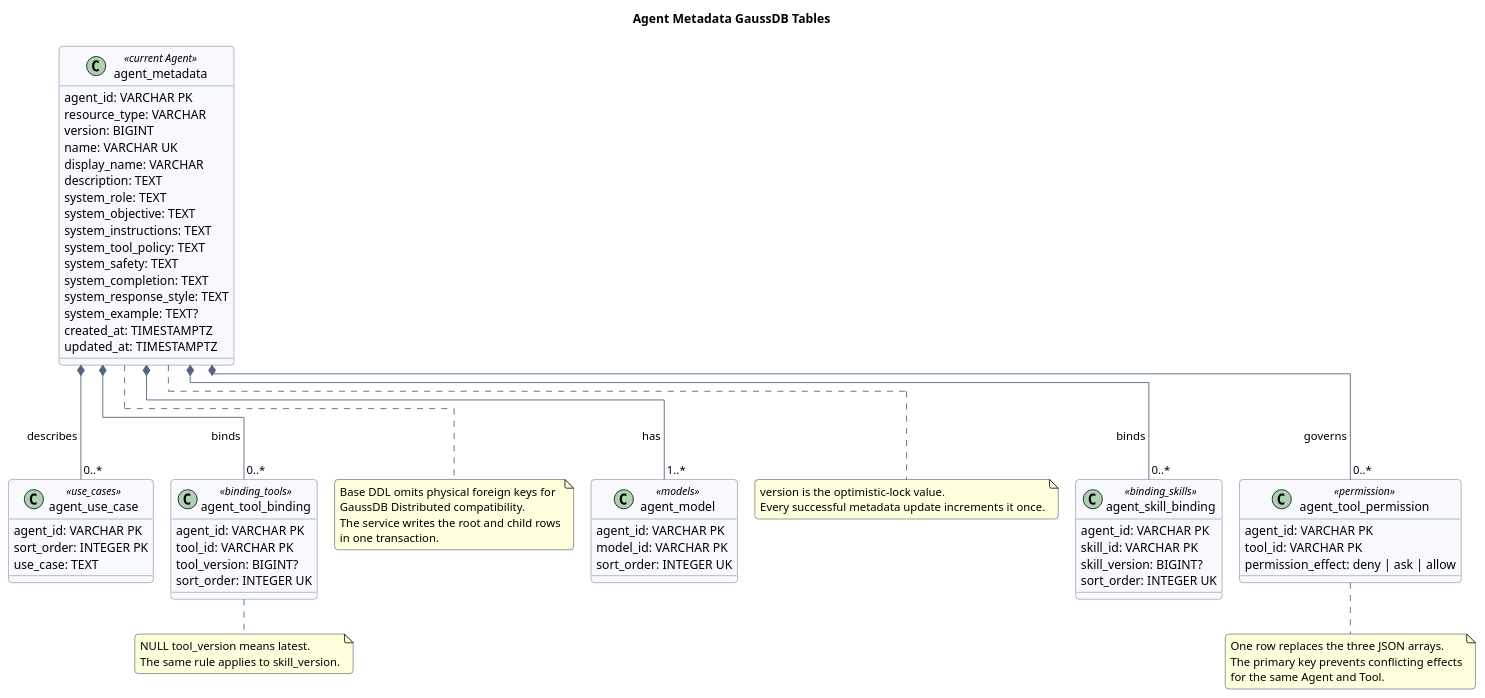
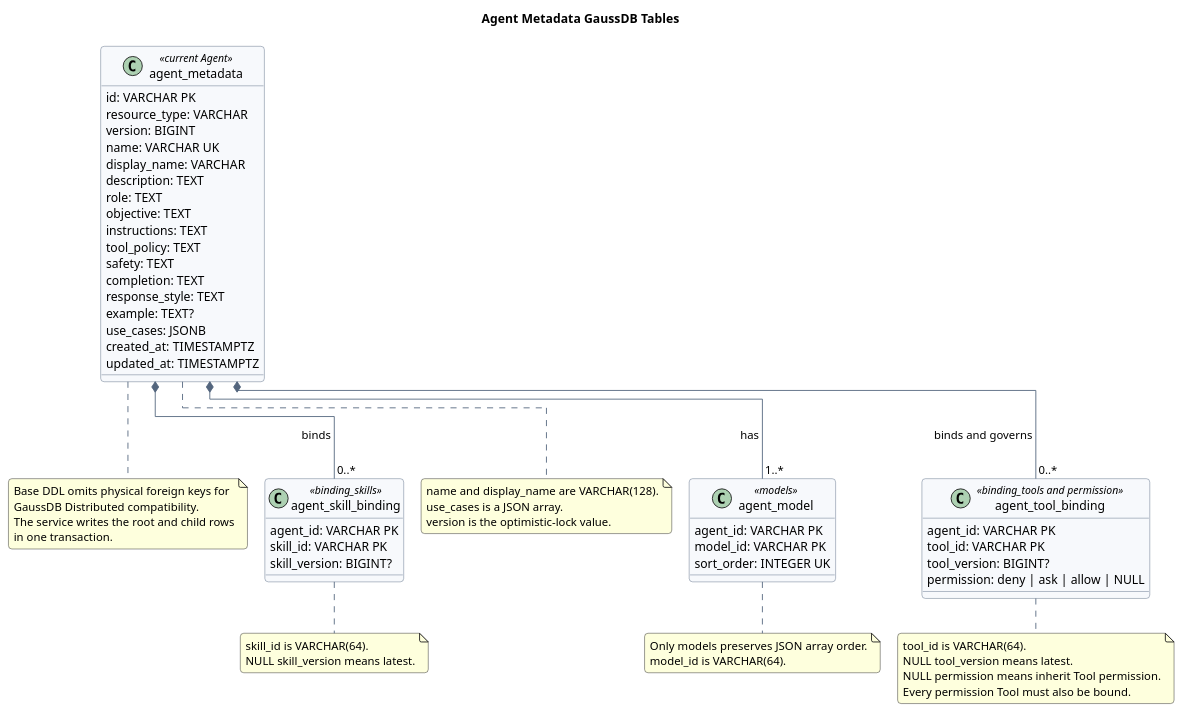
Before and after one commit to superheromeZzh/pi-mono-java-design: the diagram in agent-metadata-gaussdb-design/diagram.puml, drawn with PlantUML. The commit also changed other lines of this file and 3 other files, not shown here.

Commit message:
docs(agent): align GaussDB metadata fields

```diff
--- a/agent-metadata-gaussdb-design/diagram.puml
+++ b/agent-metadata-gaussdb-design/diagram.puml
@@ -6,110 +6,104 @@
 @startuml agent_metadata_gaussdb_model
 !pragma layout elk
 title Agent Metadata GaussDB Tables
 top to bottom direction
 
 skinparam backgroundColor #FFFFFF
 skinparam shadowing false
 skinparam roundcorner 8
-skinparam nodesep 35
-skinparam ranksep 45
+skinparam nodesep 45
+skinparam ranksep 50
 skinparam ArrowColor #53657D
 skinparam ClassBorderColor #53657D
 skinparam ClassBackgroundColor #F7F9FC
 skinparam classAttributeIconSize 0
 
 ' Source evidence:
 ' - Repository-relative path, Git-escaped:
 '   "AGENT\345\205\203\346\225\260\346\215\256\350\256\276\350\256\241.json":2-46.
-' - Fields at lines 2-20 map to agent_metadata.
-' - Arrays at lines 10 and 21-35 map to ordered child tables.
-' - Permission arrays at lines 36-46 map to one effect row per tool.
+' - Fields at lines 2-23 map to agent_metadata; use_cases is JSONB.
+' - models at line 10 maps to the only ordered child table.
+' - Tool binding and permission fields at lines 24-29 and 36-46 are merged.
+' - Skill bindings at lines 30-35 have no order column.
 ' Observed behavior: the current JSON is a current-state Agent resource with a
 ' monotonically increasing version and no separate history resource.
-' Design reason: fixed scalar and system prompt fields use typed columns, while
-' repeated arrays use child tables for uniqueness, filtering, and stable order.
-' Product constraint: only the fields present in the current JSON are persisted.
+' Design reason: fixed scalar and system prompt fields use typed columns,
+' use_cases remains one JSON array, and independently queried references use tables.
+' Product constraint: only model order is persisted; Tool and Skill order is not.
 ' GaussDB divergence: physical foreign keys are optional because GaussDB
 ' Distributed does not support them; the base DDL uses logical relationships.
 
 class agent_metadata <<current Agent>> {
-  agent_id: VARCHAR PK
+  id: VARCHAR PK
   resource_type: VARCHAR
   version: BIGINT
   name: VARCHAR UK
   display_name: VARCHAR
   description: TEXT
-  system_role: TEXT
-  system_objective: TEXT
-  system_instructions: TEXT
-  system_tool_policy: TEXT
-  system_safety: TEXT
-  system_completion: TEXT
-  system_response_style: TEXT
-  system_example: TEXT?
+  role: TEXT
+  objective: TEXT
+  instructions: TEXT
+  tool_policy: TEXT
+  safety: TEXT
+  completion: TEXT
+  response_style: TEXT
+  example: TEXT?
+  use_cases: JSONB
   created_at: TIMESTAMPTZ
   updated_at: TIMESTAMPTZ
 }
 
 class agent_model <<models>> {
   agent_id: VARCHAR PK
   model_id: VARCHAR PK
   sort_order: INTEGER UK
 }
 
-class agent_use_case <<use_cases>> {
-  agent_id: VARCHAR PK
-  sort_order: INTEGER PK
-  use_case: TEXT
-}
-
-class agent_tool_binding <<binding_tools>> {
+class agent_tool_binding <<binding_tools and permission>> {
   agent_id: VARCHAR PK
   tool_id: VARCHAR PK
   tool_version: BIGINT?
-  sort_order: INTEGER UK
+  permission: deny | ask | allow | NULL
 }
 
 class agent_skill_binding <<binding_skills>> {
   agent_id: VARCHAR PK
   skill_id: VARCHAR PK
   skill_version: BIGINT?
-  sort_order: INTEGER UK
-}
-
-class agent_tool_permission <<permission>> {
-  agent_id: VARCHAR PK
-  tool_id: VARCHAR PK
-  permission_effect: deny | ask | allow
 }
 
 agent_metadata *-- "1..*" agent_model : has
-agent_metadata *-- "0..*" agent_use_case : describes
-agent_metadata *-- "0..*" agent_tool_binding : binds
+agent_metadata *-- "0..*" agent_tool_binding : binds and governs
 agent_metadata *-- "0..*" agent_skill_binding : binds
-agent_metadata *-- "0..*" agent_tool_permission : governs
 
 note right of agent_metadata
+name and display_name are VARCHAR(128).
+use_cases is a JSON array.
 version is the optimistic-lock value.
-Every successful metadata update increments it once.
 end note
 
-note right of agent_tool_binding
-NULL tool_version means latest.
-The same rule applies to skill_version.
+note right of agent_model
+Only models preserves JSON array order.
+model_id is VARCHAR(64).
 end note
 
-note bottom of agent_tool_permission
-One row replaces the three JSON arrays.
-The primary key prevents conflicting effects
-for the same Agent and Tool.
+note bottom of agent_tool_binding
+tool_id is VARCHAR(64).
+NULL tool_version means latest.
+NULL permission means inherit Tool permission.
+Every permission Tool must also be bound.
+end note
+
+note bottom of agent_skill_binding
+skill_id is VARCHAR(64).
+NULL skill_version means latest.
 end note
 
 note bottom of agent_metadata
 Base DDL omits physical foreign keys for
 GaussDB Distributed compatibility.
 The service writes the root and child rows
 in one transaction.
 end note
 
 @enduml
```
